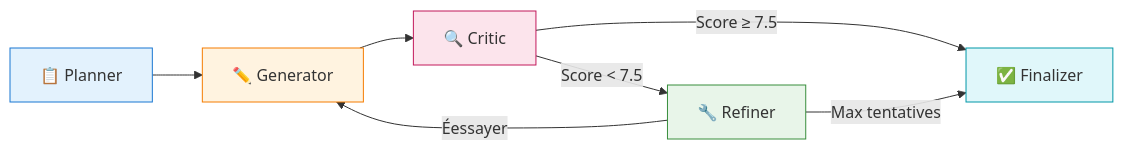
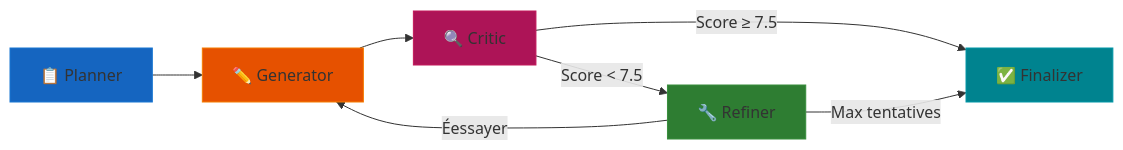
One commit to mindlet-app/docs changed the fourth of 7 diagrams in src/content/docs/architecture/generation-cartes.mdx. Above: the diagram before and after it, drawn with Mermaid. The commit also changed other lines of this file and 17 other files, not shown here.

First line of the commit message:
feat: Update Mermaid diagrams and enhance documentation clarity

````diff
--- a/src/content/docs/architecture/generation-cartes.mdx
+++ b/src/content/docs/architecture/generation-cartes.mdx
@@ -40,15 +573,15 @@
 ```mermaid
 flowchart LR
     A["📋 Planner"] --> B["✏️ Generator"]
     B --> C["🔍 Critic"]
     C -->|"Score < 7.5"| D["🔧 Refiner"]
     D -->|"Éessayer"| B
     C -->|"Score ≥ 7.5"| E["✅ Finalizer"]
     D -->|"Max tentatives"| E
     
-    style A fill:#e3f2fd,stroke:#1976d2
-    style B fill:#fff3e0,stroke:#f57c00
-    style C fill:#fce4ec,stroke:#c2185b
-    style D fill:#e8f5e9,stroke:#388e3c
-    style E fill:#e0f7fa,stroke:#0097a7
+    style A fill:#1565c0,stroke:#1976d2
+    style B fill:#e65100,stroke:#f57c00
+    style C fill:#ad1457,stroke:#c2185b
+    style D fill:#2e7d32,stroke:#388e3c
+    style E fill:#00838f,stroke:#0097a7
 ```
````
